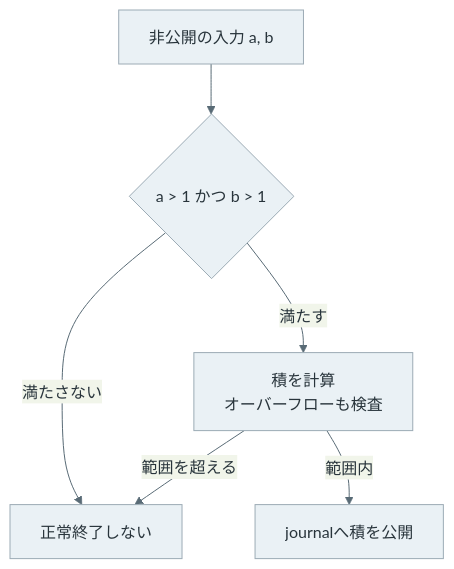
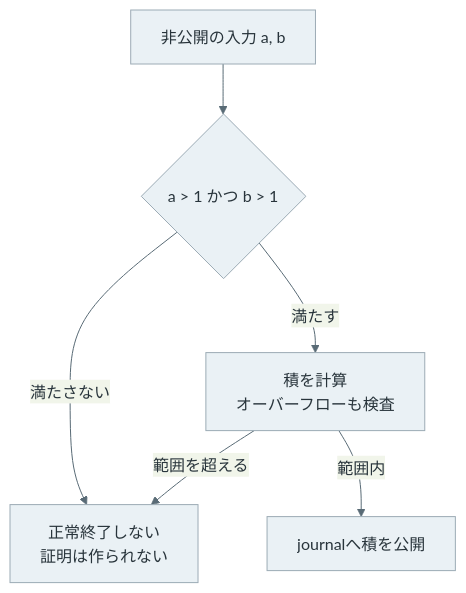
The second of 4 diagrams in content/notes/blockchain-systems/zero-knowledge-proof/index.md (nao1215/debimate), drawn with Mermaid before and after one commit. The commit also changed other lines of this file and 53 other files, not shown here.

````diff
--- a/content/notes/blockchain-systems/zero-knowledge-proof/index.md
+++ b/content/notes/blockchain-systems/zero-knowledge-proof/index.md
@@ -123,9 +127,9 @@
 ```mermaid
 %%{init: {"theme":"base","themeVariables":{"primaryColor":"#eaf1f5","primaryTextColor":"#28343b","primaryBorderColor":"#9cabb5","lineColor":"#596b76","textColor":"#28343b","actorBkg":"#eaf1f5","actorBorder":"#9cabb5","actorTextColor":"#28343b","signalColor":"#596b76","signalTextColor":"#28343b","noteBkgColor":"#f7f1e5","noteTextColor":"#403c32"}}}%%
 flowchart TD
     S["非公開の入力 a, b"] --> Q{"a > 1 かつ b > 1"}
     Q -->|"満たす"| M["積を計算<br/>オーバーフローも検査"]
-    Q -->|"満たさない"| E["正常終了しない"]
+    Q -->|"満たさない"| E["正常終了しない<br/>証明は作られない"]
     M -->|"範囲を超える"| E
     M -->|"範囲内"| J["journalへ積を公開"]
 ```
````
